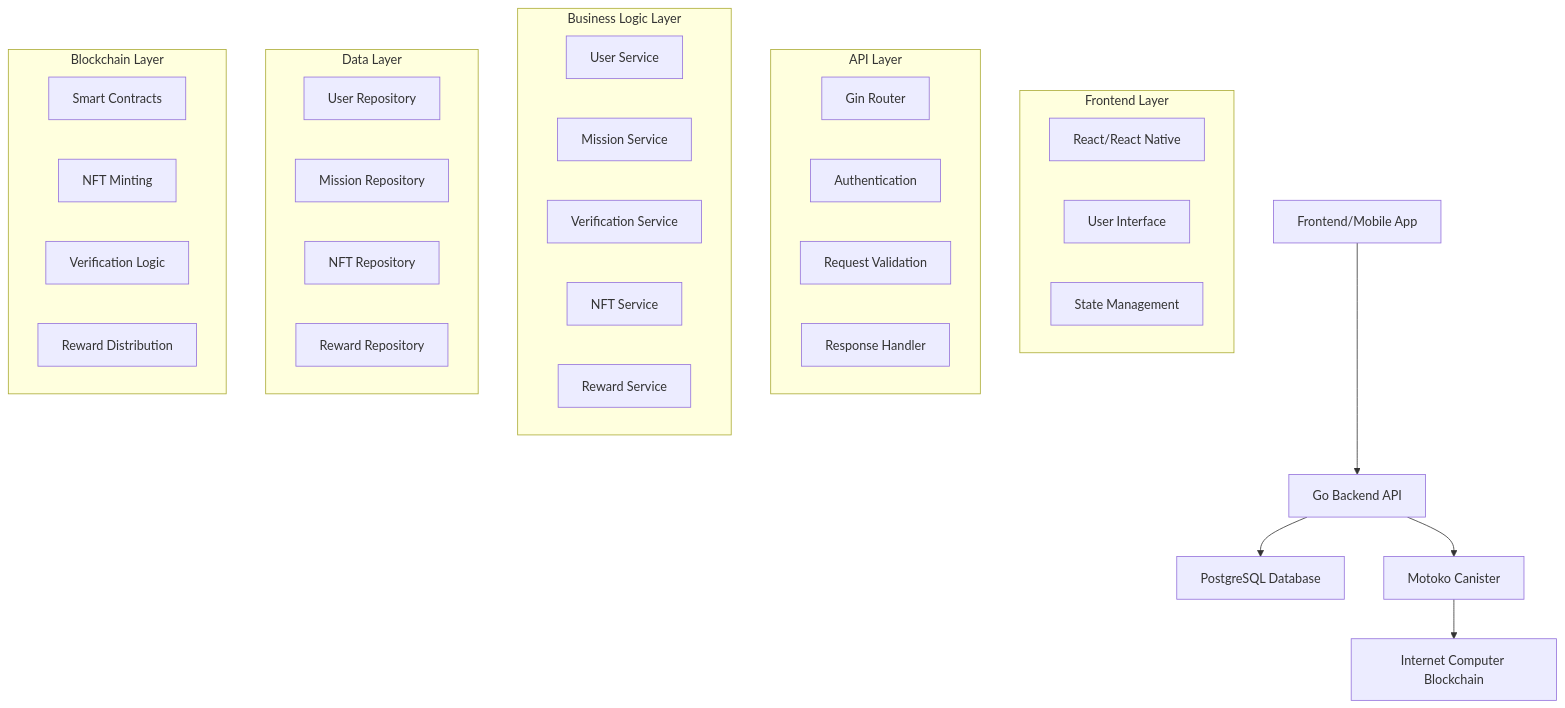
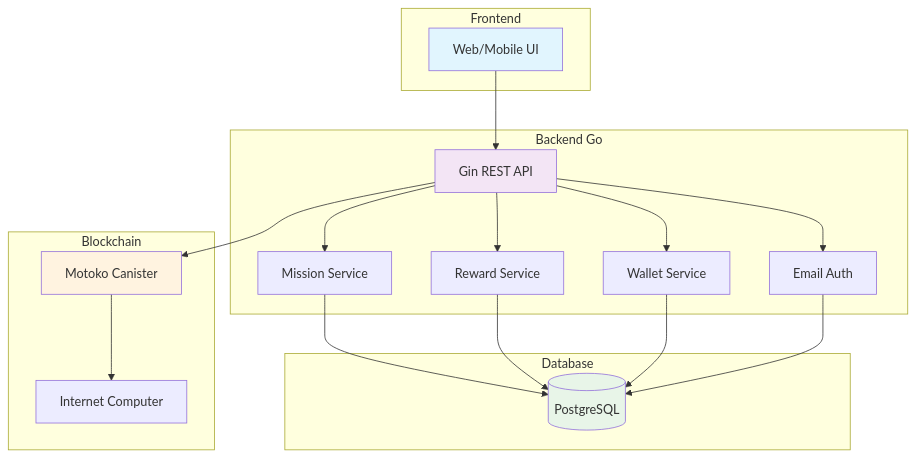
Before and after one commit to jurus-macul/pedulicarbon: the first of 3 diagrams in README.md, drawn with Mermaid. The commit also changed other lines of this file and 2 other files, not shown here.

````diff
--- a/README.md
+++ b/README.md
@@ -26,42 +7,42 @@
 ```mermaid
-graph TD
-    A[Frontend/Mobile App] --> B[Go Backend API]
-    B --> C[PostgreSQL Database]
-    B --> D[Motoko Canister]
-    D --> E[Internet Computer Blockchain]
-    
-    subgraph "Frontend Layer"
-        A1[React/React Native]
-        A2[User Interface]
-        A3[State Management]
+graph TB
+    subgraph "Frontend"
+        UI[Web/Mobile UI]
     end
     
-    subgraph "API Layer"
-        B1[Gin Router]
-        B2[Authentication]
-        B3[Request Validation]
-        B4[Response Handler]
+    subgraph "Backend Go"
+        API[Gin REST API]
+        Auth[Email Auth]
+        MissionSvc[Mission Service]
+        RewardSvc[Reward Service]
+        WalletSvc[Wallet Service]
     end
     
-    subgraph "Business Logic Layer"
-        B5[User Service]
-        B6[Mission Service]
-        B7[Verification Service]
-        B8[NFT Service]
-        B9[Reward Service]
+    subgraph "Database"
+        DB[(PostgreSQL)]
     end
     
-    subgraph "Data Layer"
-        C1[User Repository]
-        C2[Mission Repository]
-        C3[NFT Repository]
-        C4[Reward Repository]
+    subgraph "Blockchain"
+        Motoko[Motoko Canister]
+        ICP[Internet Computer]
     end
     
-    subgraph "Blockchain Layer"
-        D1[Smart Contracts]
-        D2[NFT Minting]
-        D3[Verification Logic]
-        D4[Reward Distribution]
-    end
+    UI --> API
+    API --> Auth
+    API --> MissionSvc
+    API --> RewardSvc
+    API --> WalletSvc
+    
+    MissionSvc --> DB
+    RewardSvc --> DB
+    WalletSvc --> DB
+    Auth --> DB
+    
+    API --> Motoko
+    Motoko --> ICP
+    
+    style UI fill:#e1f5fe
+    style API fill:#f3e5f5
+    style DB fill:#e8f5e8
+    style Motoko fill:#fff3e0
 ```
````
